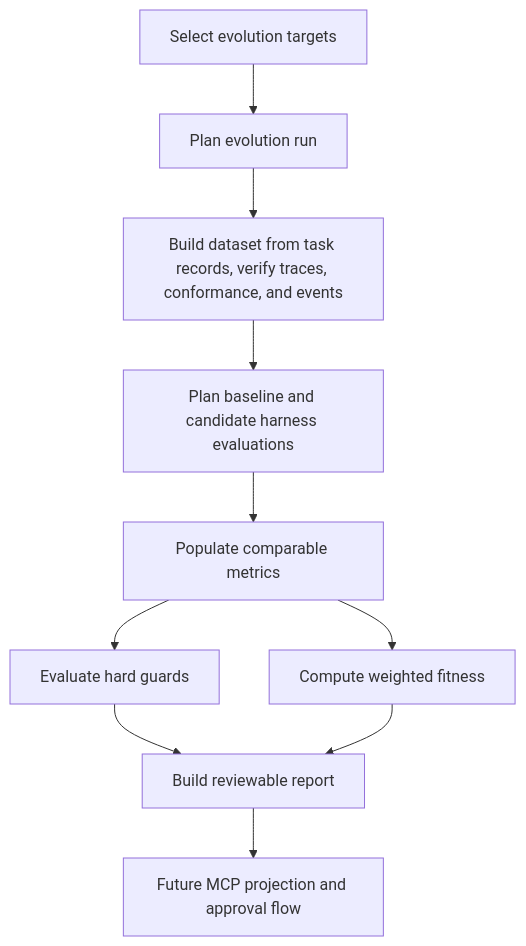
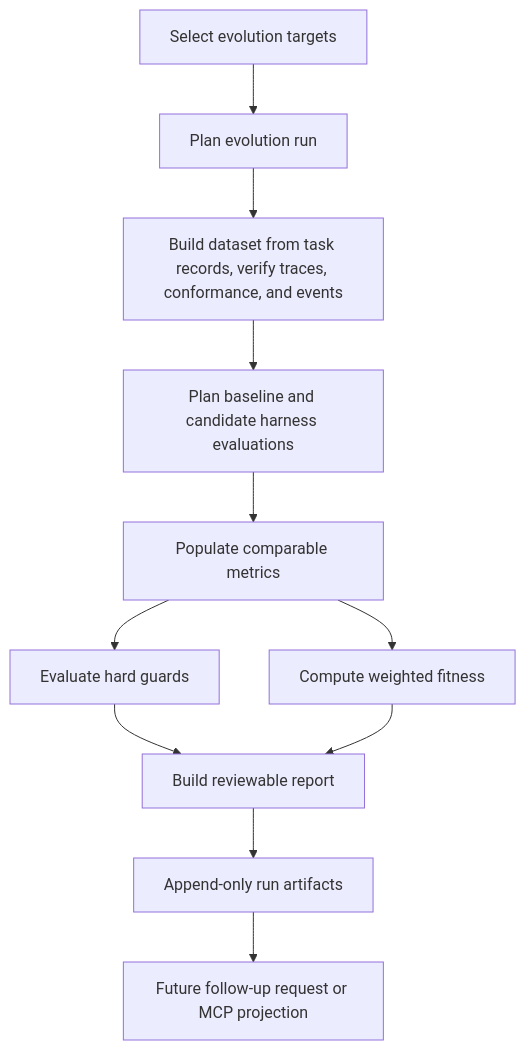
One commit to jihkang/Sisyphus changed the fourth of 6 diagrams in docs/architecture.md. Above: the diagram before and after it, drawn with Mermaid. The commit also changed other lines of this file and 9 other files, not shown here.

````diff
--- a/docs/architecture.md
+++ b/docs/architecture.md
@@ -333,12 +354,13 @@
 ```mermaid
 flowchart TD
     A[Select evolution targets] --> B[Plan evolution run]
     B --> C[Build dataset from task records, verify traces, conformance, and events]
     C --> D[Plan baseline and candidate harness evaluations]
     D --> E[Populate comparable metrics]
     E --> F[Evaluate hard guards]
     E --> G[Compute weighted fitness]
     F --> H[Build reviewable report]
     G --> H
-    H --> I[Future MCP projection and approval flow]
+    H --> I[Append-only run artifacts]
+    I --> J[Future follow-up request or MCP projection]
 ```
````
